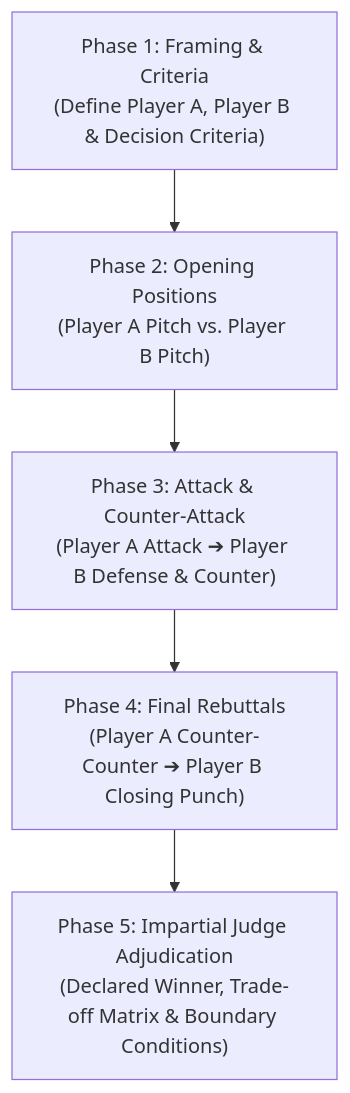
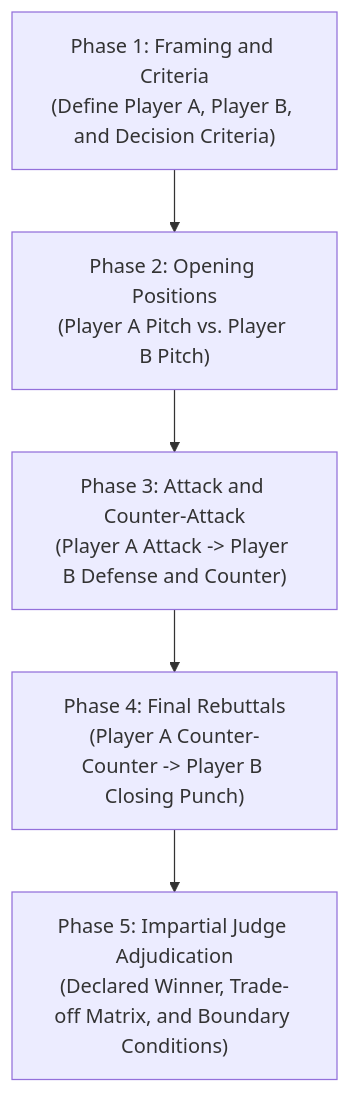
One commit to Roriz/engineering_of_thinking_skills changed the diagram in skills/adversarial-debate/SKILL.md. Above: the diagram before and after it, drawn with Mermaid. The commit also changed other lines of this file and 12 other files, not shown here.

````diff
--- a/skills/adversarial-debate/SKILL.md
+++ b/skills/adversarial-debate/SKILL.md
@@ -16,7 +16,7 @@
 ```mermaid
 flowchart TD
-    P1["Phase 1: Framing & Criteria<br/>(Define Player A, Player B & Decision Criteria)"] --> P2["Phase 2: Opening Positions<br/>(Player A Pitch vs. Player B Pitch)"]
-    P2 --> P3["Phase 3: Attack & Counter-Attack<br/>(Player A Attack ➔ Player B Defense & Counter)"]
-    P3 --> P4["Phase 4: Final Rebuttals<br/>(Player A Counter-Counter ➔ Player B Closing Punch)"]
-    P4 --> P5["Phase 5: Impartial Judge Adjudication<br/>(Declared Winner, Trade-off Matrix & Boundary Conditions)"]
+    P1["Phase 1: Framing and Criteria<br/>(Define Player A, Player B, and Decision Criteria)"] --> P2["Phase 2: Opening Positions<br/>(Player A Pitch vs. Player B Pitch)"]
+    P2 --> P3["Phase 3: Attack and Counter-Attack<br/>(Player A Attack -> Player B Defense and Counter)"]
+    P3 --> P4["Phase 4: Final Rebuttals<br/>(Player A Counter-Counter -> Player B Closing Punch)"]
+    P4 --> P5["Phase 5: Impartial Judge Adjudication<br/>(Declared Winner, Trade-off Matrix, and Boundary Conditions)"]
 ```
````
